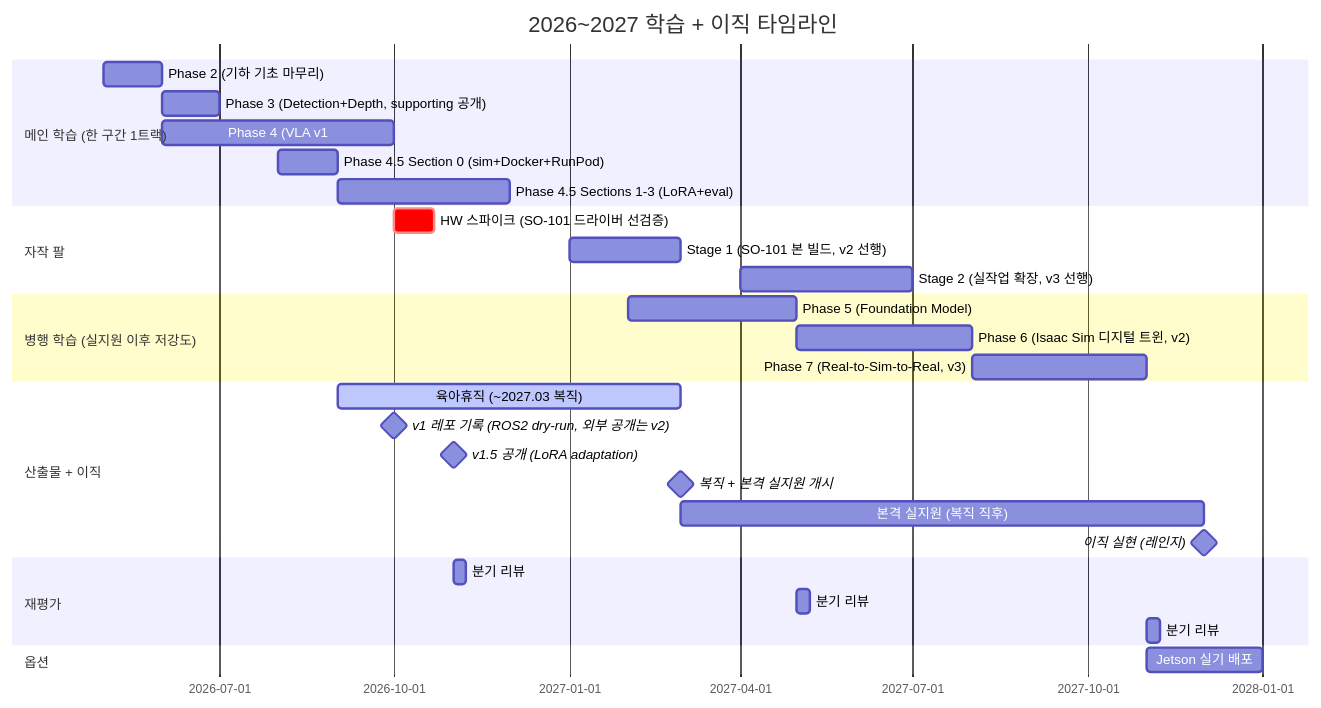
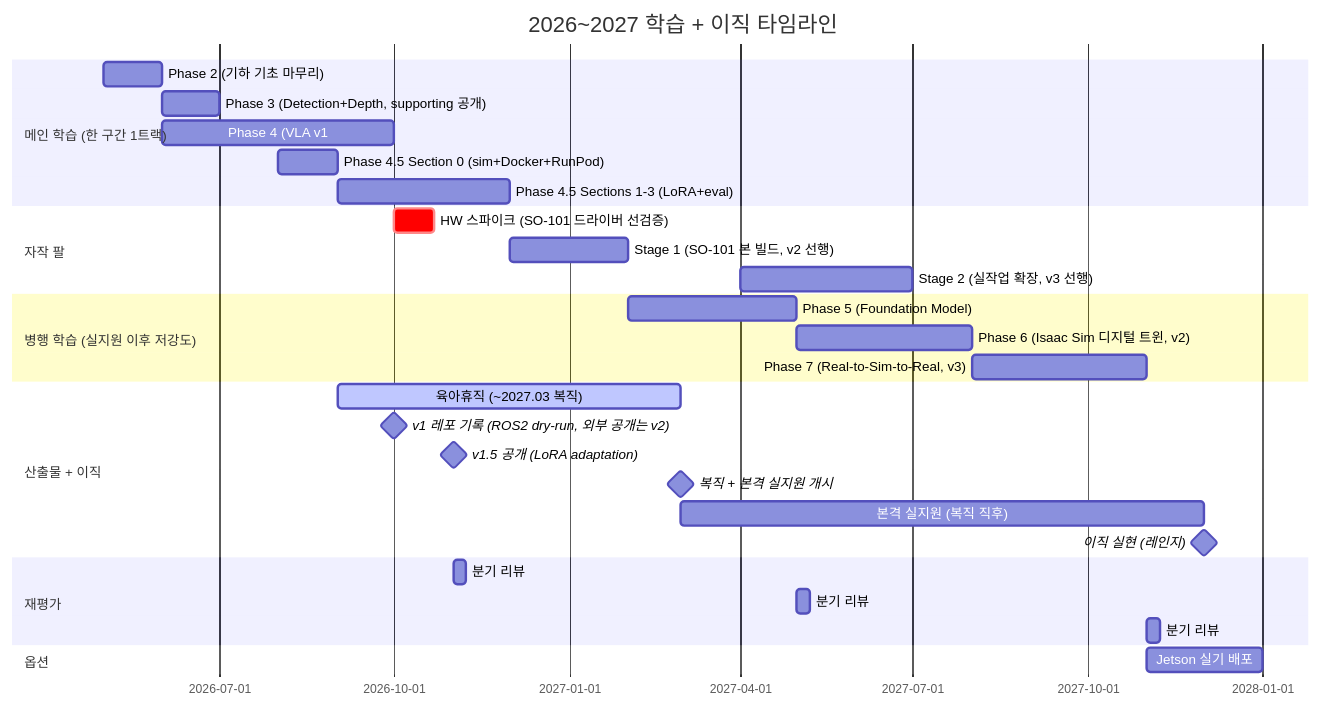
One commit to tylee-yeonge/physical-ai-study changed the diagram in README.md. Above: the diagram before and after it, drawn with Mermaid. The commit also changed other lines of this file and 1 other file, not shown here.

First line of the commit message:
docs: move stage 1 build to december and bundle wrist camera purchase

````diff
--- a/README.md
+++ b/README.md
@@ -64,32 +64,32 @@
 ```mermaid
 gantt
     title 2026~2027 학습 + 이직 타임라인
     dateFormat YYYY-MM
     section 메인 학습 (한 구간 1트랙)
     Phase 2 (기하 기초 마무리) :a1, 2026-05, 1M
     Phase 3 (Detection+Depth, supporting 공개) :a2, 2026-06, 1M
     Phase 4 (VLA v1: zero-shot 추론 + ROS2) :a3, 2026-06, 4M
     Phase 4.5 Section 0 (sim+Docker+RunPod) :a35a, 2026-08, 1M
     Phase 4.5 Sections 1-3 (LoRA+eval) :a35b, 2026-09, 3M
     section 자작 팔
     HW 스파이크 (SO-101 드라이버 선검증) :crit, h0, 2026-10, 3w
-    Stage 1 (SO-101 본 빌드, v2 선행) :h1, 2027-01, 2M
+    Stage 1 (SO-101 본 빌드, v2 선행) :h1, 2026-12, 2M
     Stage 2 (실작업 확장, v3 선행) :h2, 2027-04, 3M
     section 병행 학습 (실지원 이후 저강도)
     Phase 5 (Foundation Model) :a4, 2027-02, 3M
     Phase 6 (Isaac Sim 디지털 트윈, v2) :a5, 2027-05, 3M
     Phase 7 (Real-to-Sim-to-Real, v3) :a6, 2027-08, 3M
     section 산출물 + 이직
     육아휴직 (~2027.03 복직) :active, leave, 2026-09, 6M
     v1 레포 기록 (ROS2 dry-run, 외부 공개는 v2) :milestone, d1, 2026-10, 0d
     v1.5 공개 (LoRA adaptation) :milestone, d15, 2026-11, 0d
     복직 + 본격 실지원 개시 :milestone, d3, 2027-03, 0d
     본격 실지원 (복직 직후) :b2, 2027-03, 9M
     이직 실현 (레인지) :milestone, d2, 2027-12, 0d
     section 재평가
     분기 리뷰 :rev1, 2026-11, 1w
     분기 리뷰 :rev2, 2027-05, 1w
     분기 리뷰 :rev3, 2027-11, 1w
     section 옵션
     Jetson 실기 배포 :opt, 2027-11, 2M
 ```
````
